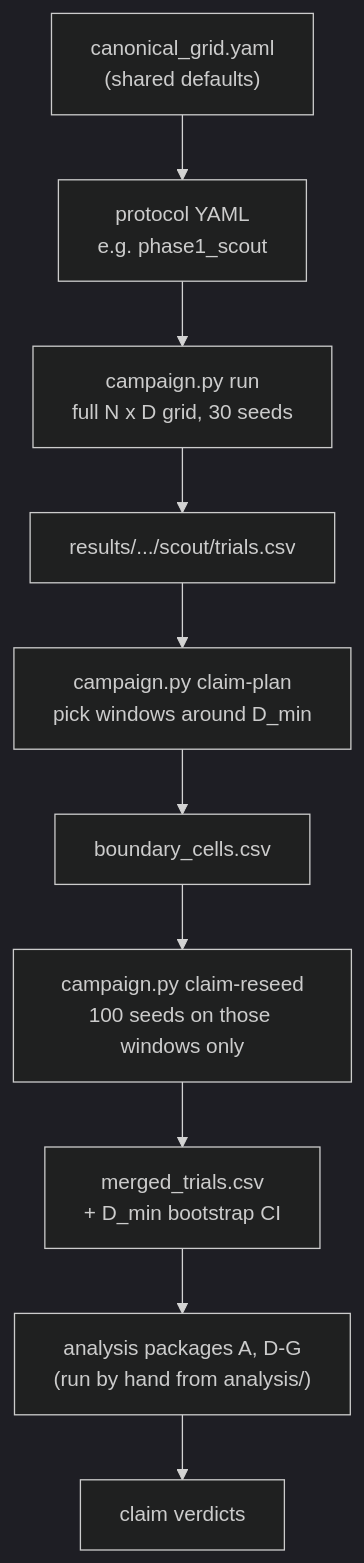
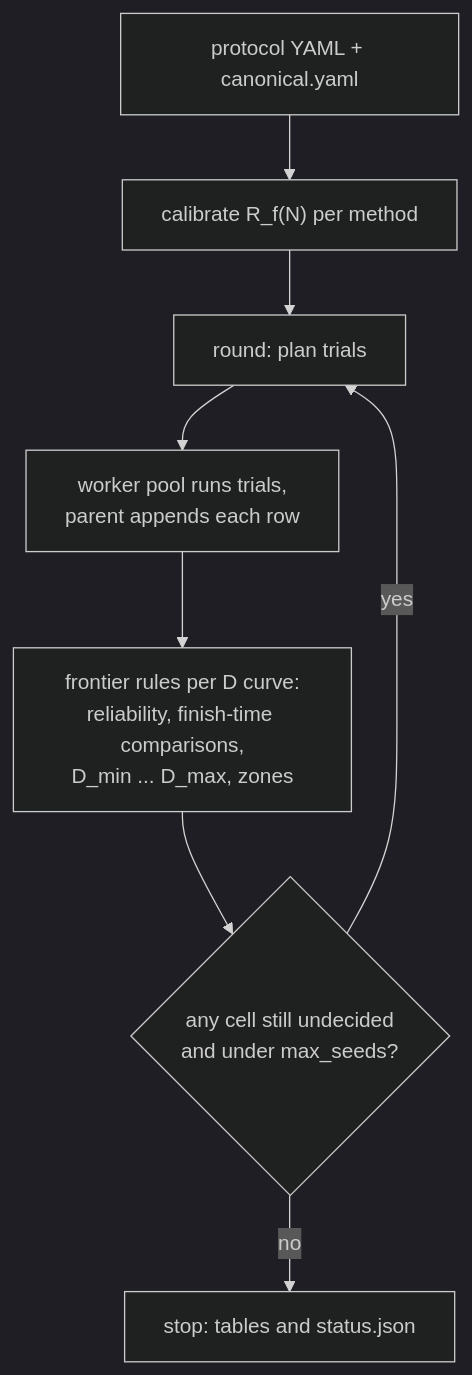
The first of 2 diagrams in README.md (lykimq/HerdSim), drawn with Mermaid (dark theme) before and after one commit. The commit also changed other lines of this file and 728 other files, not shown here.

Commit message:
Phase: Plan, implement, tests, and sims for finding out D_min

````diff
--- a/README.md
+++ b/README.md
@@ -32,12 +28,10 @@
 ```mermaid
 flowchart TD
-    G["canonical_grid.yaml<br/>(shared defaults)"] --> P["protocol YAML<br/>e.g. phase1_scout"]
-    P --> RUN["campaign.py run<br/>full N x D grid, 30 seeds"]
-    RUN --> ST["results/.../scout/trials.csv"]
-    ST --> PLAN["campaign.py claim-plan<br/>pick windows around D_min"]
-    PLAN --> BC["boundary_cells.csv"]
-    BC --> RESEED["campaign.py claim-reseed<br/>100 seeds on those windows only"]
-    RESEED --> MT["merged_trials.csv<br/>+ D_min bootstrap CI"]
-    MT --> PKG["analysis packages A, D-G<br/>(run by hand from analysis/)"]
-    PKG --> TR["claim verdicts"]
+    P["protocol YAML + canonical.yaml"] --> CAL["calibrate R_f(N) per method"]
+    CAL --> R["round: plan trials"]
+    R --> W["worker pool runs trials,<br/>parent appends each row"]
+    W --> F["frontier rules per D curve:<br/>reliability, finish-time comparisons,<br/>D_min ... D_max, zones"]
+    F --> Q{"any cell still undecided<br/>and under max_seeds?"}
+    Q -- yes --> R
+    Q -- no --> S["stop: tables and status.json"]
 ```
````
